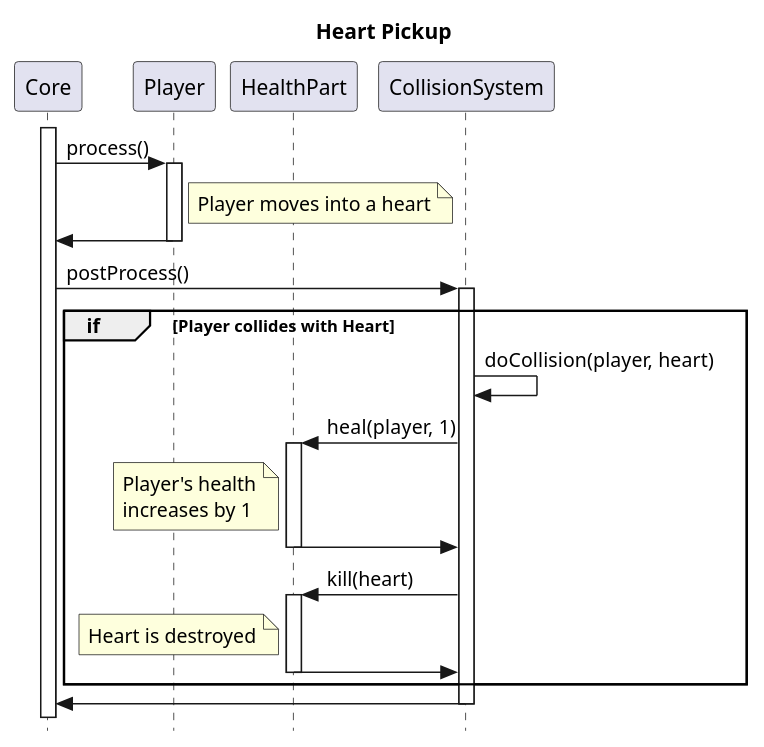
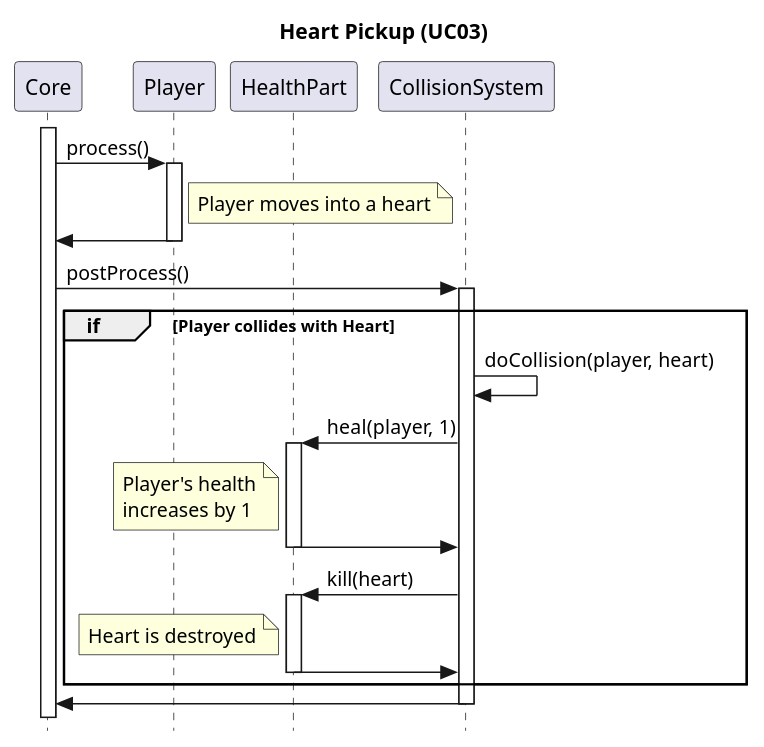
Before and after one commit to sesem4/Nelda: the diagram in docs/diagrams/SequenceDiagrams/HeartPickup.puml, drawn with PlantUML.

Commit message:
Added UC to title

```diff
--- a/docs/diagrams/SequenceDiagrams/HeartPickup.puml
+++ b/docs/diagrams/SequenceDiagrams/HeartPickup.puml
@@ -1,42 +1,42 @@
 @startuml Heart Pickup
-title Heart Pickup
+title Heart Pickup (UC03)
 skinparam style strictuml
 
 participant Core
 participant Player
 participant HealthPart
 participant CollisionSystem
 
 activate Core
 
 Core -> Player: process()
 activate Player
 note right of Player: Player moves into a heart
 Player -> Core
 deactivate Player
 Core -> CollisionSystem: postProcess()
 activate CollisionSystem
 
 group if [Player collides with Heart]
 	CollisionSystem -> CollisionSystem: doCollision(player, heart)
 	CollisionSystem -> HealthPart: heal(player, 1)
 	activate HealthPart
 	note left of HealthPart
 	Player's health
 	increases by 1
 	end note
 	HealthPart -> CollisionSystem
 	deactivate HealthPart
 
 	CollisionSystem -> HealthPart: kill(heart)
 	activate HealthPart
 	note left of HealthPart
 	Heart is destroyed
 	end note
 	HealthPart -> CollisionSystem
 	deactivate HealthPart
 end
 CollisionSystem -> Core
 deactivate CollisionSystem
 
 @enduml
```
